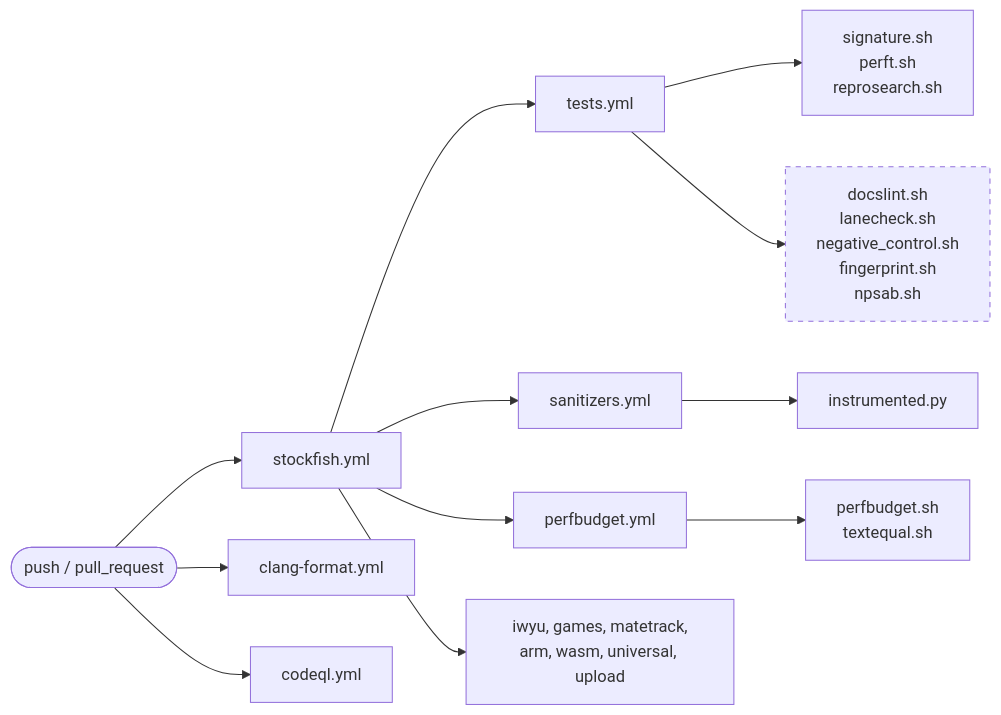
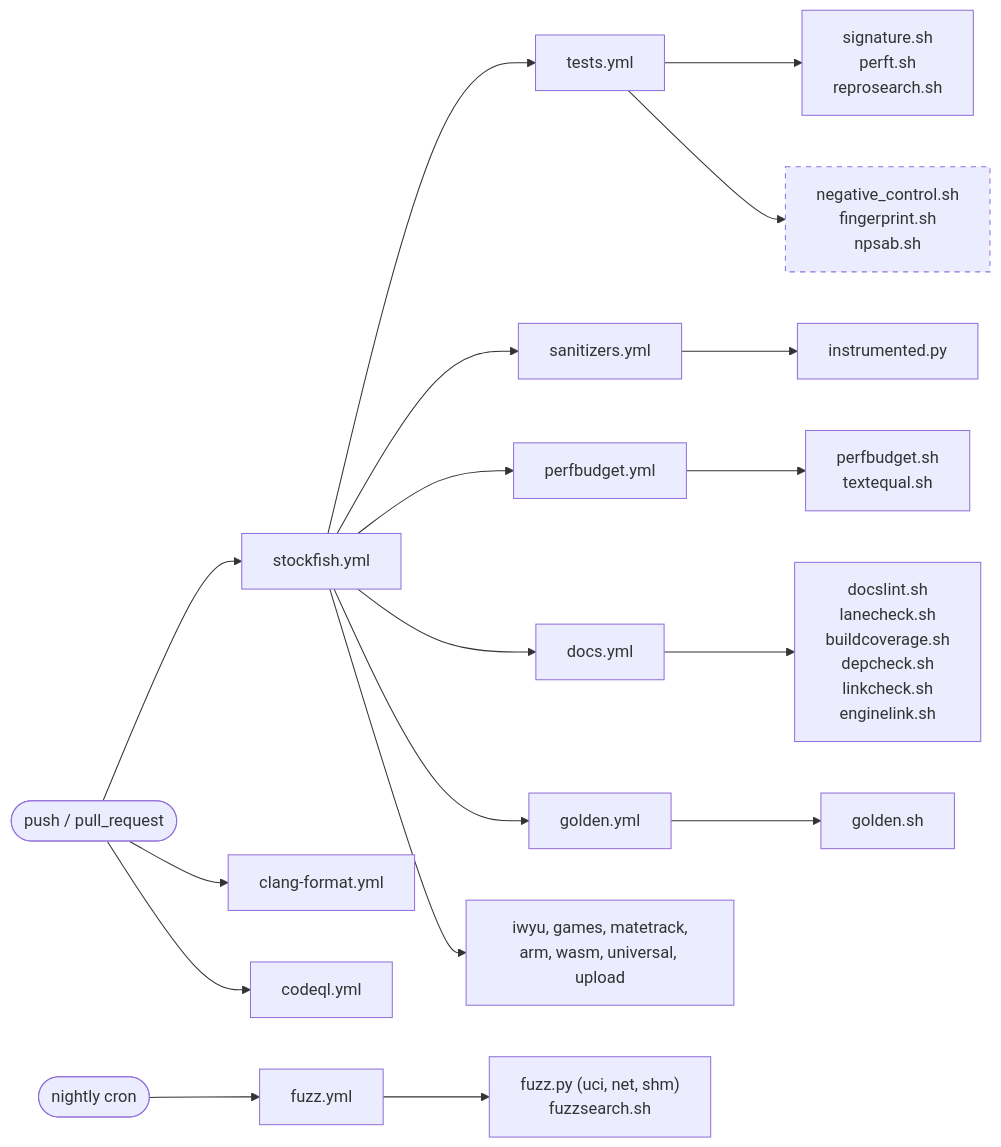
The diagram in docs/10-tooling-ci.md (ppigazzini/Stockfish), drawn with Mermaid before and after one commit. The commit also changed other lines of this file and 13 other files, not shown here.

First line of the commit message:
docs: document the zone architecture and the lanes that check it

````diff
--- a/docs/10-tooling-ci.md
+++ b/docs/10-tooling-ci.md
@@ -778,15 +788,21 @@
 ```mermaid
 flowchart LR
     P(["push / pull_request"]) --> SF["stockfish.yml"]
     P --> CF["clang-format.yml"]
     P --> CQ["codeql.yml"]
     SF --> T["tests.yml"]
     SF --> SAN["sanitizers.yml"]
     SF --> PB["perfbudget.yml"]
+    SF --> D["docs.yml"]
+    SF --> GO["golden.yml"]
     SF --> OTH["iwyu, games, matetrack,<br/>arm, wasm, universal, upload"]
+    N(["nightly cron"]) --> FZ["fuzz.yml"]
     T --> G1["signature.sh<br/>perft.sh<br/>reprosearch.sh"]
-    T --> G2["docslint.sh<br/>lanecheck.sh<br/>negative_control.sh<br/>fingerprint.sh<br/>npsab.sh"]
+    D --> G5["docslint.sh<br/>lanecheck.sh<br/>buildcoverage.sh<br/>depcheck.sh<br/>linkcheck.sh<br/>enginelink.sh"]
+    GO --> G6["golden.sh"]
+    FZ --> G7["fuzz.py (uci, net, shm)<br/>fuzzsearch.sh"]
     SAN --> G3["instrumented.py"]
     PB --> G4["perfbudget.sh<br/>textequal.sh"]
+    T --> G2["negative_control.sh<br/>fingerprint.sh<br/>npsab.sh"]
     style G2 stroke-dasharray: 5 5
 ```
````
